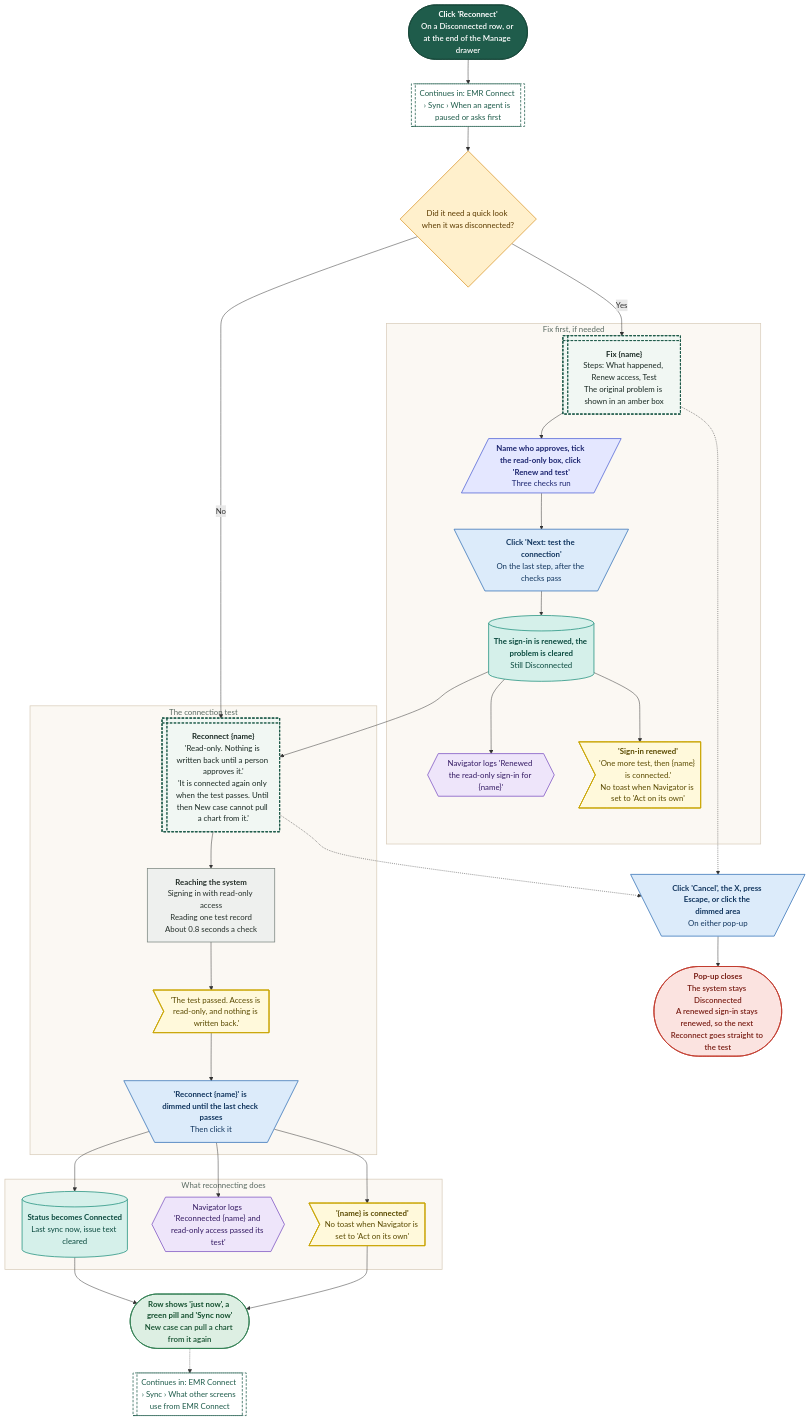
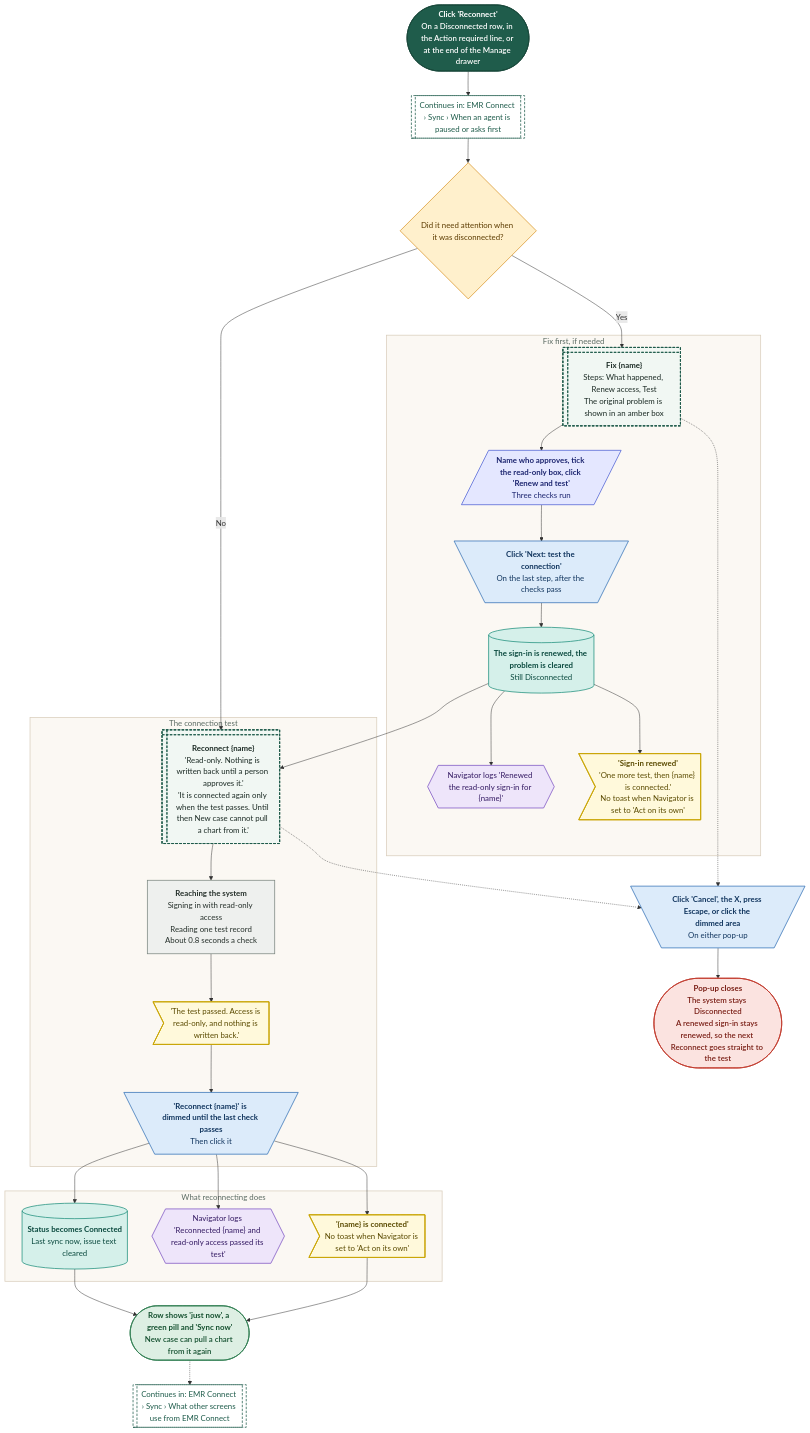
Diagram 19 of 20 in demos/prior-auth-demo/workflows/out/md/09-emr-connect.md (Shrav143/psyfloapp), drawn with Mermaid before and after one commit. The commit also changed other lines of this file and 192 other files, not shown here.

First line of the commit message:
docs: changelog by sidebar tab; README, diagrams and Settings layout aligned with the refinement; shared InfoTip; referral cost-share line

````diff
--- a/demos/prior-auth-demo/workflows/out/md/09-emr-connect.md
+++ b/demos/prior-auth-demo/workflows/out/md/09-emr-connect.md
@@ -1357,74 +1482,74 @@
 ```mermaid
 %%{init: {"theme":"base","themeVariables":{"fontFamily":"'DM Sans', 'Segoe UI', system-ui, sans-serif","fontSize":"15px","lineColor":"#5B6B63","primaryTextColor":"#1C2B25","clusterBkg":"#FBF8F3","clusterBorder":"#D9CDBB","edgeLabelBackground":"#FFFFFF"},"flowchart":{"curve":"basis","nodeSpacing":36,"rankSpacing":48,"padding":12,"htmlLabels":true,"useMaxWidth":false,"wrappingWidth":230}} }%%
 flowchart TD
   classDef k_start fill:#1F5C4B,stroke:#174638,color:#FFFFFF,stroke-width:1.5px,font-weight:600
   classDef k_end fill:#DDEFE3,stroke:#2E7D4F,color:#14502F,stroke-width:1.5px,font-weight:600
   classDef k_endx fill:#FBE3E0,stroke:#C0392B,color:#7A1F16,stroke-width:1.5px,font-weight:600
   classDef k_screen fill:#FFFDF8,stroke:#1F5C4B,color:#1C2B25,stroke-width:2px
   classDef k_overlay fill:#F1F7F3,stroke:#1F5C4B,color:#1C2B25,stroke-width:2px,stroke-dasharray:5 3
   classDef k_click fill:#DCEBFA,stroke:#2F6DB5,color:#12365F,stroke-width:1.5px
   classDef k_input fill:#E4E7FF,stroke:#4C5FD5,color:#1D2670,stroke-width:1.5px
   classDef k_process fill:#EEF0EE,stroke:#7A857F,color:#26302B,stroke-width:1.5px
   classDef k_agent fill:#EEE5FA,stroke:#7A4FC2,color:#341A63,stroke-width:1.5px
   classDef k_decision fill:#FFF0CC,stroke:#D9962B,color:#5C3B00,stroke-width:1.5px
   classDef k_store fill:#D5F0EA,stroke:#1C8E7B,color:#0B4A3F,stroke-width:1.5px
   classDef k_doc fill:#F6E9DC,stroke:#B07A4C,color:#4A2E14,stroke-width:1.5px
   classDef k_ext fill:#FFE6D2,stroke:#E07B39,color:#6B2F06,stroke-width:1.5px
   classDef k_wait fill:#E4E8EE,stroke:#6B7C93,color:#26303D,stroke-width:1.5px
   classDef k_toast fill:#FFF9DB,stroke:#C9A400,color:#5A4A00,stroke-width:1.5px
   classDef k_goto fill:#FFFFFF,stroke:#1F5C4B,color:#1F5C4B,stroke-width:1.5px,stroke-dasharray:5 3
-  s1@{ shape: stadium, label: "<b>Click 'Reconnect'</b><br/>On a Disconnected row, or at the end of the Manage drawer" }
+  s1@{ shape: stadium, label: "<b>Click 'Reconnect'</b><br/>On a Disconnected row, in the Action required line, or at the end of the Manage drawer" }
   g0@{ shape: subproc, label: "Continues in: EMR Connect › Sync › When an agent is paused or asks first" }
-  q1@{ shape: diam, label: "Did it need a quick look when it was disconnected?" }
+  q1@{ shape: diam, label: "Did it need attention when it was disconnected?" }
   subgraph gFix ["Fix first, if needed"]
   f1@{ shape: win-pane, label: "<b>Fix {name}</b><br/>Steps: What happened, Renew access, Test<br/>The original problem is shown in an amber box" }
   f2@{ shape: lean-r, label: "<b>Name who approves, tick the read-only box, click 'Renew and test'</b><br/>Three checks run" }
   f3@{ shape: trap-t, label: "<b>Click 'Next: test the connection'</b><br/>On the last step, after the checks pass" }
   f4@{ shape: cyl, label: "<b>The sign-in is renewed, the problem is cleared</b><br/>Still Disconnected" }
   f5@{ shape: hex, label: "Navigator logs 'Renewed the read-only sign-in for {name}'" }
   f6@{ shape: odd, label: "<b>'Sign-in renewed'</b><br/>'One more test, then {name} is connected.'<br/>No toast when Navigator is set to 'Act on its own'" }
   end
   subgraph gTest ["The connection test"]
   t1@{ shape: win-pane, label: "<b>Reconnect {name}</b><br/>'Read-only. Nothing is written back until a person approves it.'<br/>'It is connected again only when the test passes. Until then New case cannot pull a chart from it.'" }
   t2@{ shape: rect, label: "<b>Reaching the system</b><br/>Signing in with read-only access<br/>Reading one test record<br/>About 0.8 seconds a check" }
   t3@{ shape: odd, label: "'The test passed. Access is read-only, and nothing is written back.'" }
   t4@{ shape: trap-t, label: "<b>'Reconnect {name}' is dimmed until the last check passes</b><br/>Then click it" }
   end
   subgraph gSave ["What reconnecting does"]
   v1@{ shape: cyl, label: "<b>Status becomes Connected</b><br/>Last sync now, issue text cleared" }
   v2@{ shape: hex, label: "Navigator logs 'Reconnected {name} and read-only access passed its test'" }
   v3@{ shape: odd, label: "<b>'{name} is connected'</b><br/>No toast when Navigator is set to 'Act on its own'" }
   end
   cx@{ shape: trap-t, label: "<b>Click 'Cancel', the X, press Escape, or click the dimmed area</b><br/>On either pop-up" }
   x1@{ shape: stadium, label: "<b>Pop-up closes</b><br/>The system stays Disconnected<br/>A renewed sign-in stays renewed, so the next Reconnect goes straight to the test" }
   e1@{ shape: stadium, label: "<b>Row shows 'just now', a green pill and 'Sync now'</b><br/>New case can pull a chart from it again" }
   g1@{ shape: subproc, label: "Continues in: EMR Connect › Sync › What other screens use from EMR Connect" }
   s1 --> g0 --> q1
   q1 -->|"Yes"| f1 --> f2 --> f3 --> f4
   f4 --> f5 & f6
   f4 --> t1
   q1 -->|"No"| t1
   t1 --> t2 --> t3 --> t4
   t4 --> v1 & v2 & v3
   v1 --> e1
   v3 --> e1
   f1 -.-> cx
   t1 -.-> cx
   cx --> x1
   e1 -.-> g1
   class s1 k_start
   class g0,g1 k_goto
   class q1 k_decision
   class f1,t1 k_overlay
   class f2 k_input
   class f3,t4,cx k_click
   class f4,v1 k_store
   class f5,v2 k_agent
   class f6,t3,v3 k_toast
   class t2 k_process
   class x1 k_endx
   class e1 k_end
   style gFix fill:#FBF8F3,stroke:#D9CDBB,stroke-width:1.5px,color:#5B6B63
   style gTest fill:#FBF8F3,stroke:#D9CDBB,stroke-width:1.5px,color:#5B6B63
   style gSave fill:#FBF8F3,stroke:#D9CDBB,stroke-width:1.5px,color:#5B6B63
 ```
````
